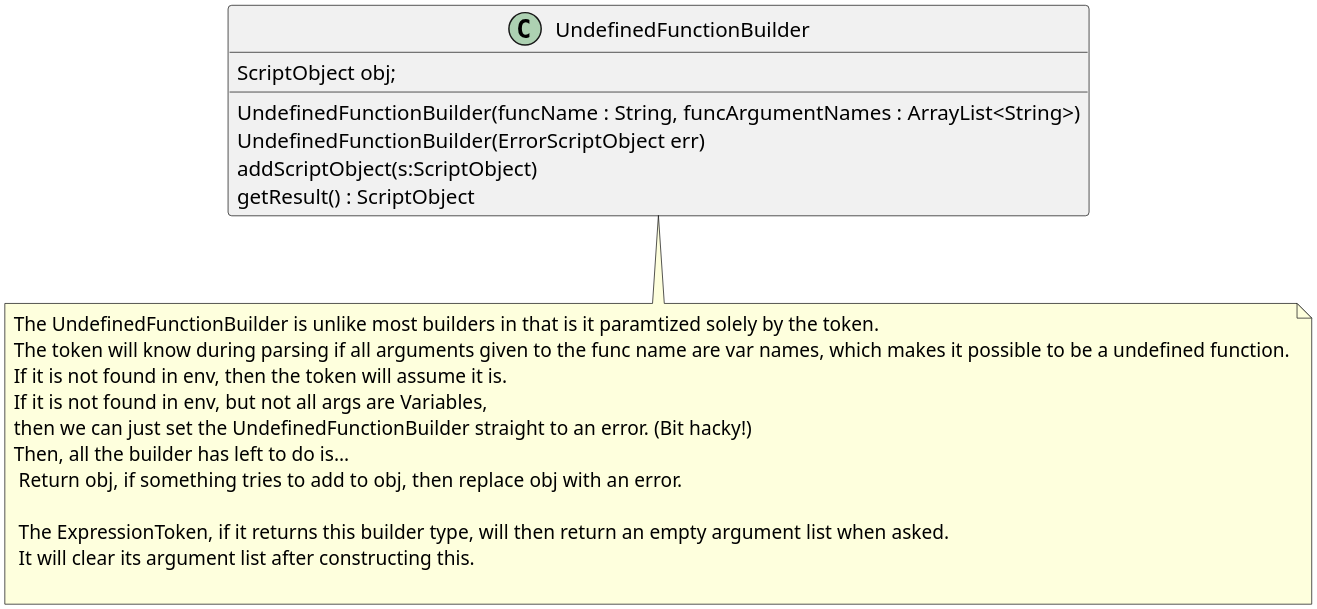
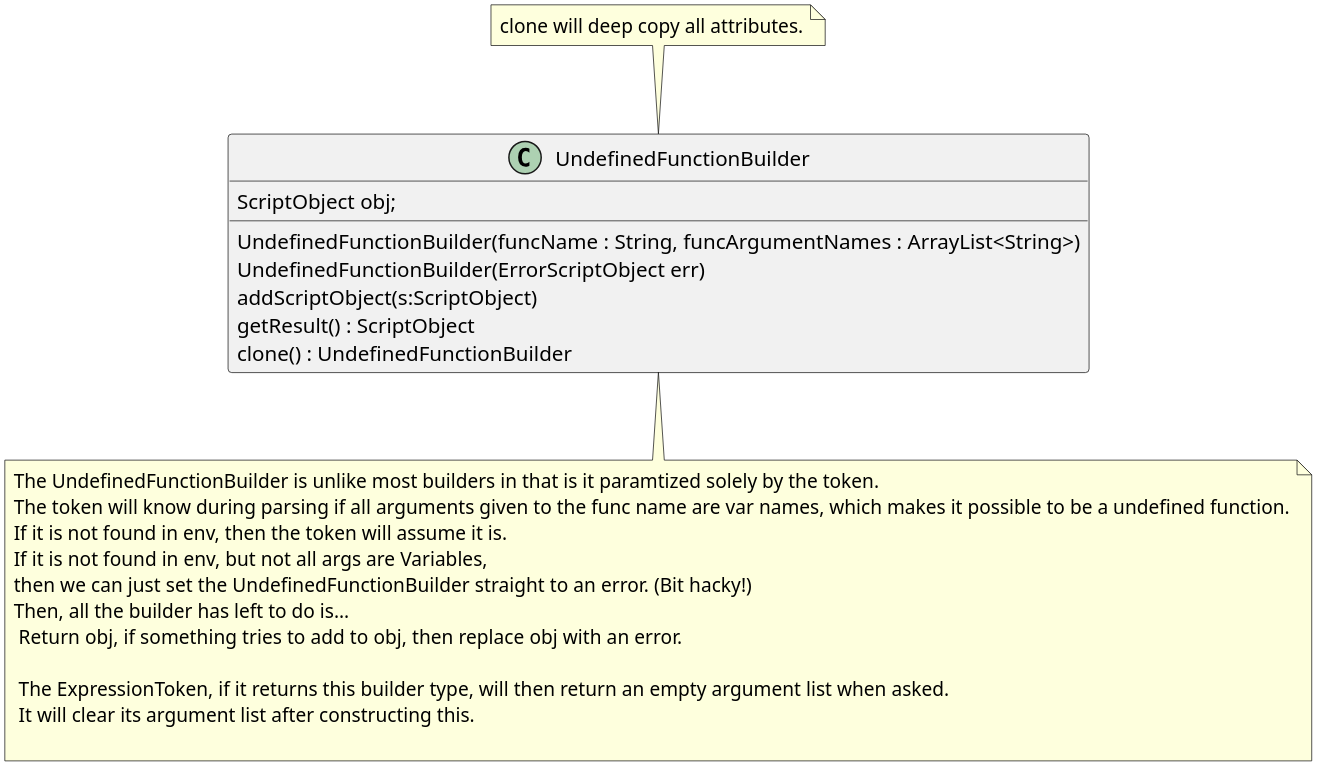
The diagram in Builder/UndefinedFunctionBuilder.org (MatthewBregg/DesignPatternsRepo), drawn with PlantUML before and after one commit. The commit also changed 20 other files, not shown here.

```diff
--- a/Builder/UndefinedFunctionBuilder.org
+++ b/Builder/UndefinedFunctionBuilder.org
@@ -1,24 +1,26 @@
 #+BEGIN_SRC plantuml :file UndefinedFunctionBuilder.png
 skinparam dpi 300
 
 class UndefinedFunctionBuilder
 UndefinedFunctionBuilder : ScriptObject obj;
 UndefinedFunctionBuilder : UndefinedFunctionBuilder(funcName : String, funcArgumentNames : ArrayList<String>)
 UndefinedFunctionBuilder : UndefinedFunctionBuilder(ErrorScriptObject err)
 UndefinedFunctionBuilder : addScriptObject(s:ScriptObject)
 UndefinedFunctionBuilder : getResult() : ScriptObject
+UndefinedFunctionBuilder : clone() : UndefinedFunctionBuilder
+note top : clone will deep copy all attributes.
 
 note bottom of UndefinedFunctionBuilder
  The UndefinedFunctionBuilder is unlike most builders in that is it paramtized solely by the token.  
  The token will know during parsing if all arguments given to the func name are var names, which makes it possible to be a undefined function.
  If it is not found in env, then the token will assume it is. 
  If it is not found in env, but not all args are Variables,
  then we can just set the UndefinedFunctionBuilder straight to an error. (Bit hacky!)
  Then, all the builder has left to do is...
   Return obj, if something tries to add to obj, then replace obj with an error. 
 
   The ExpressionToken, if it returns this builder type, will then return an empty argument list when asked.
   It will clear its argument list after constructing this. 
 
 end note
 #+END_SRC
```
